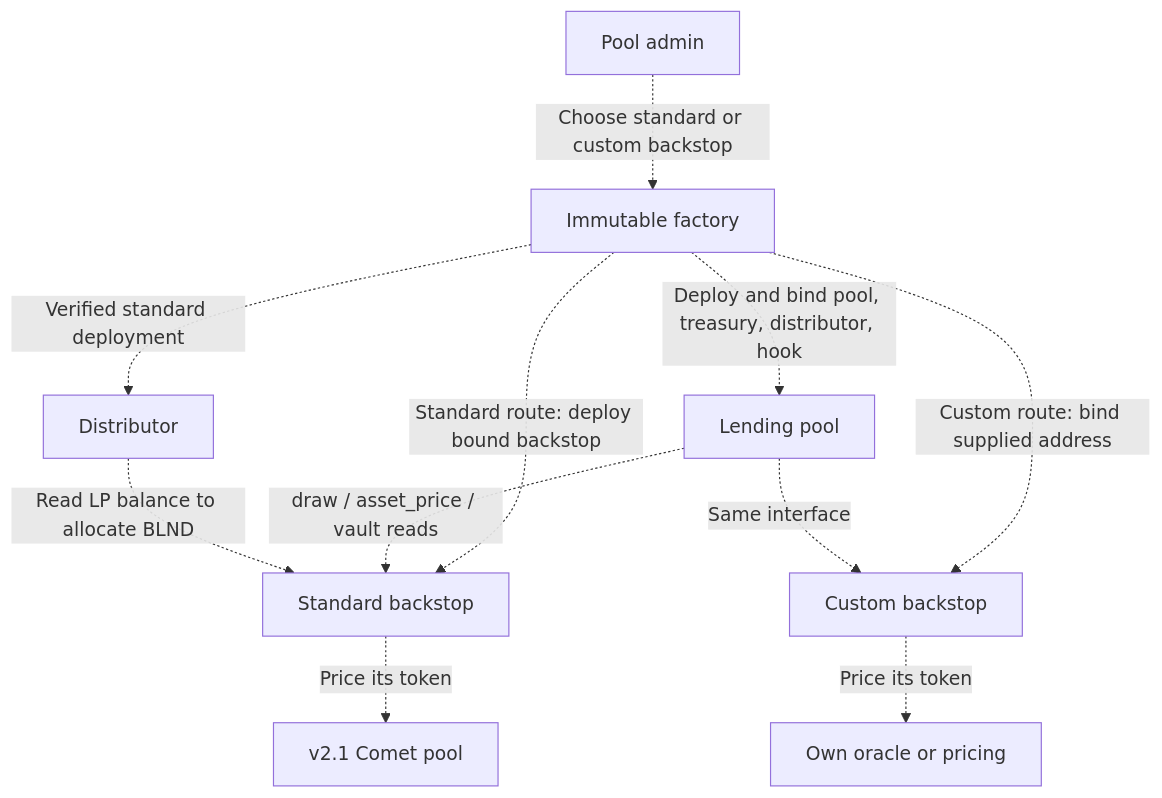
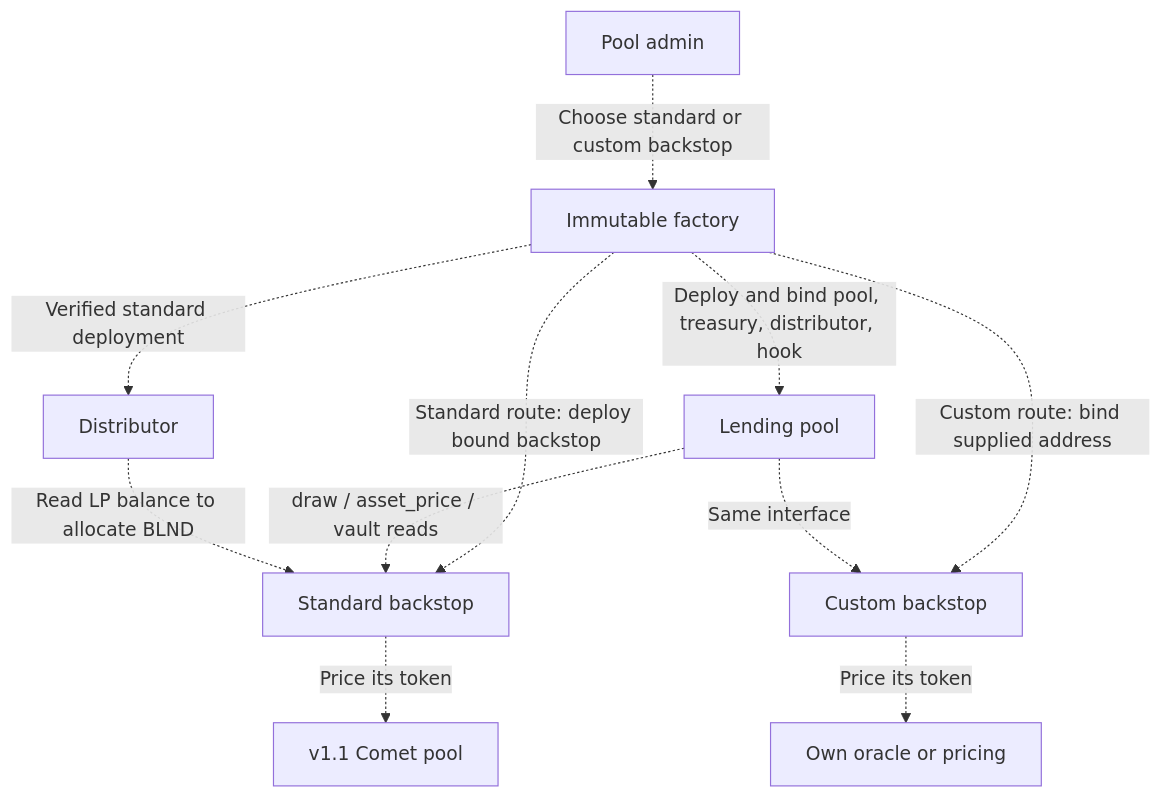
Before and after one commit to zenith-protocols/blend-v3-proposal: the second of 2 diagrams in README.md, drawn with Mermaid. The commit also changed other lines of this file and 6 other files, not shown here.

````diff
--- a/README.md
+++ b/README.md
@@ -138,13 +139,13 @@
 ```mermaid
 flowchart TB
   O["Pool admin"] -.->|"Choose standard or custom backstop"| F["Immutable factory"]
   F -.->|"Deploy and bind pool, treasury, distributor, hook"| P["Lending pool"]
   F -.->|"Standard route: deploy bound backstop"| B["Standard backstop"]
   F -.->|"Custom route: bind supplied address"| C["Custom backstop"]
   P -.->|"draw / asset_price / vault reads"| B
   P -.->|"Same interface"| C
-  B -.->|"Price its token"| CP["v2.1 Comet pool"]
+  B -.->|"Price its token"| CP["v1.1 Comet pool"]
   C -.->|"Price its token"| OR["Own oracle or pricing"]
   F -.->|"Verified standard deployment"| BD["Distributor"]
   BD -.->|"Read LP balance to allocate BLND"| B
 ```
````
